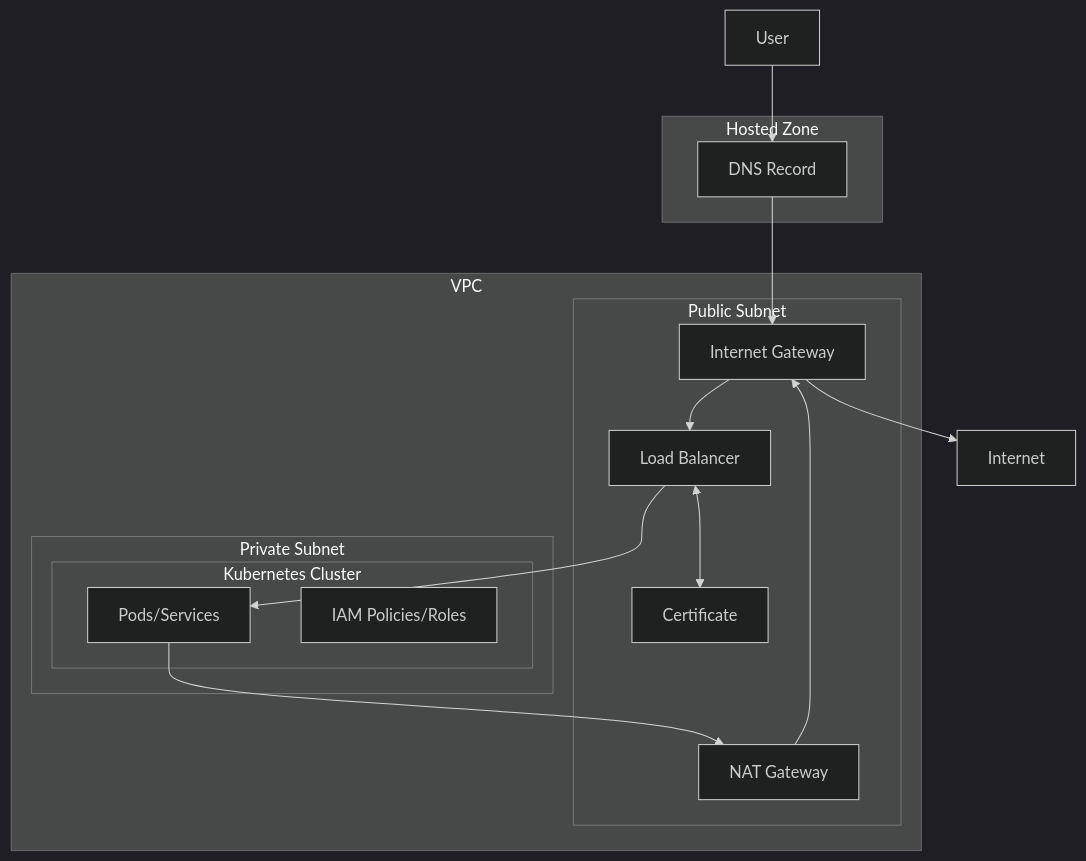
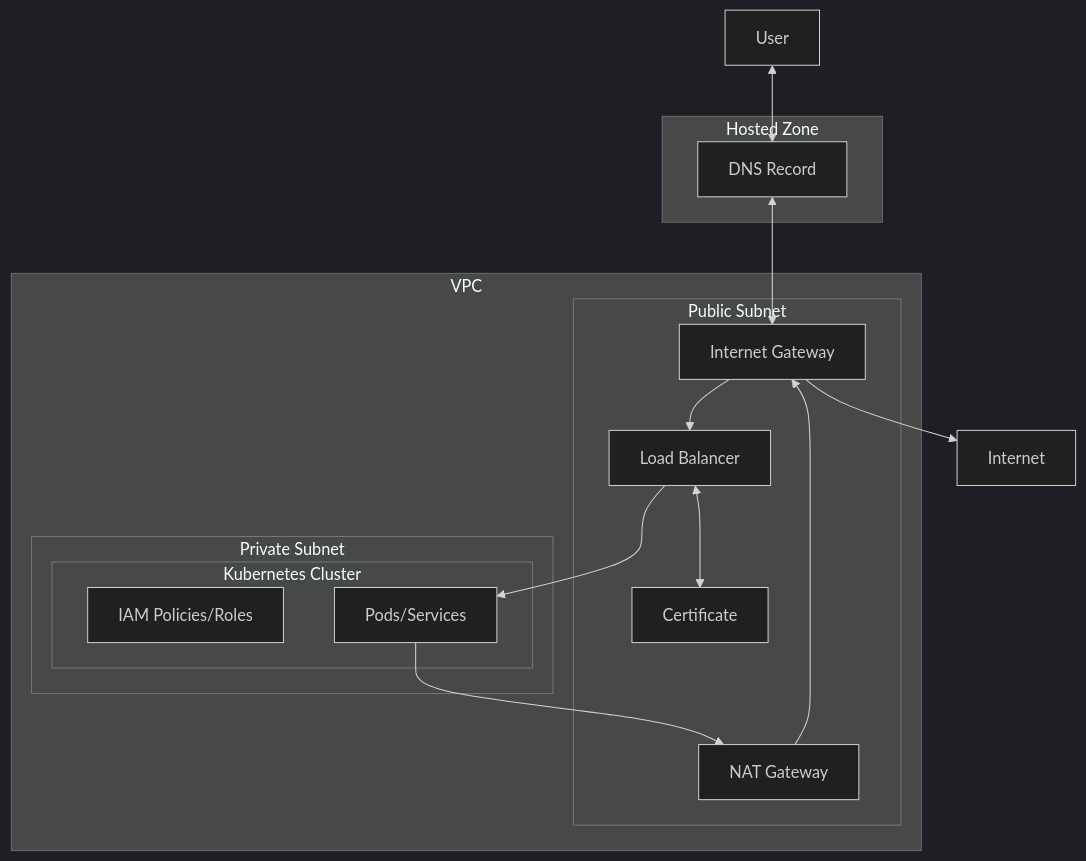
One commit to gitops-ci-cd/terraform-modules changed the diagram in modules/composite/public-cluster/README.md. Above: the diagram before and after it, drawn with Mermaid (dark theme).

````diff
--- a/modules/composite/public-cluster/README.md
+++ b/modules/composite/public-cluster/README.md
@@ -7,38 +7,38 @@
 ```mermaid
 flowchart TB
     user[User]
     dns[DNS Record]
     internet[Internet]
 
     subgraph Hosted Zone
        dns
     end
 
-    user --> dns
-    dns --> igw
+    user <--> dns
+    dns <--> igw
 
     subgraph VPC
         subgraph Public Subnet
             igw[Internet Gateway]
             lb[Load Balancer]
             cert[Certificate]
             nat[NAT Gateway]
             
             igw --> lb
             lb <--> cert
         end
 
         subgraph Private Subnet
             subgraph Kubernetes Cluster
+                iam[IAM Policies/Roles]
                 k8s[Pods/Services]
-                iam[IAM Policies/Roles]
 
                 lb --> k8s
             end
         end
         k8s --> nat
     end
 
     nat --> igw
     igw --> internet
 ```
````
